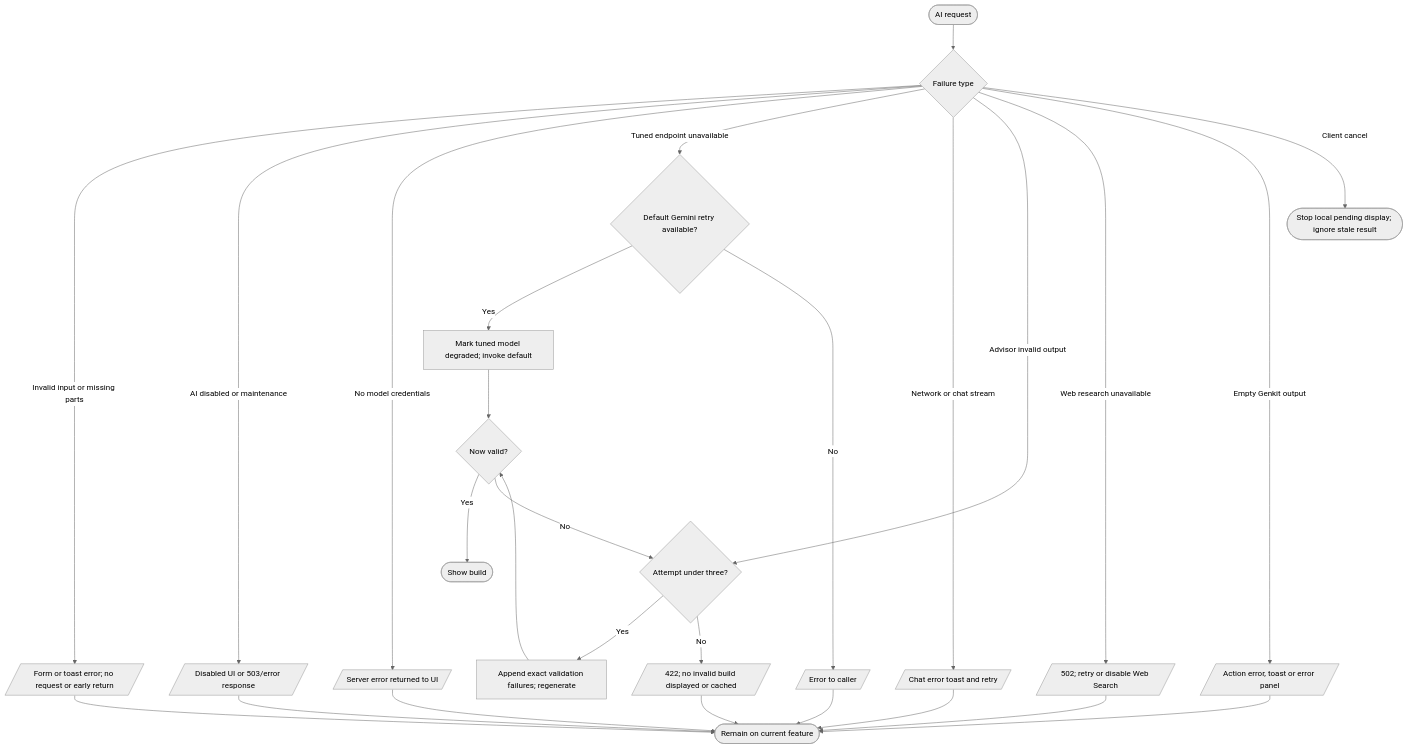
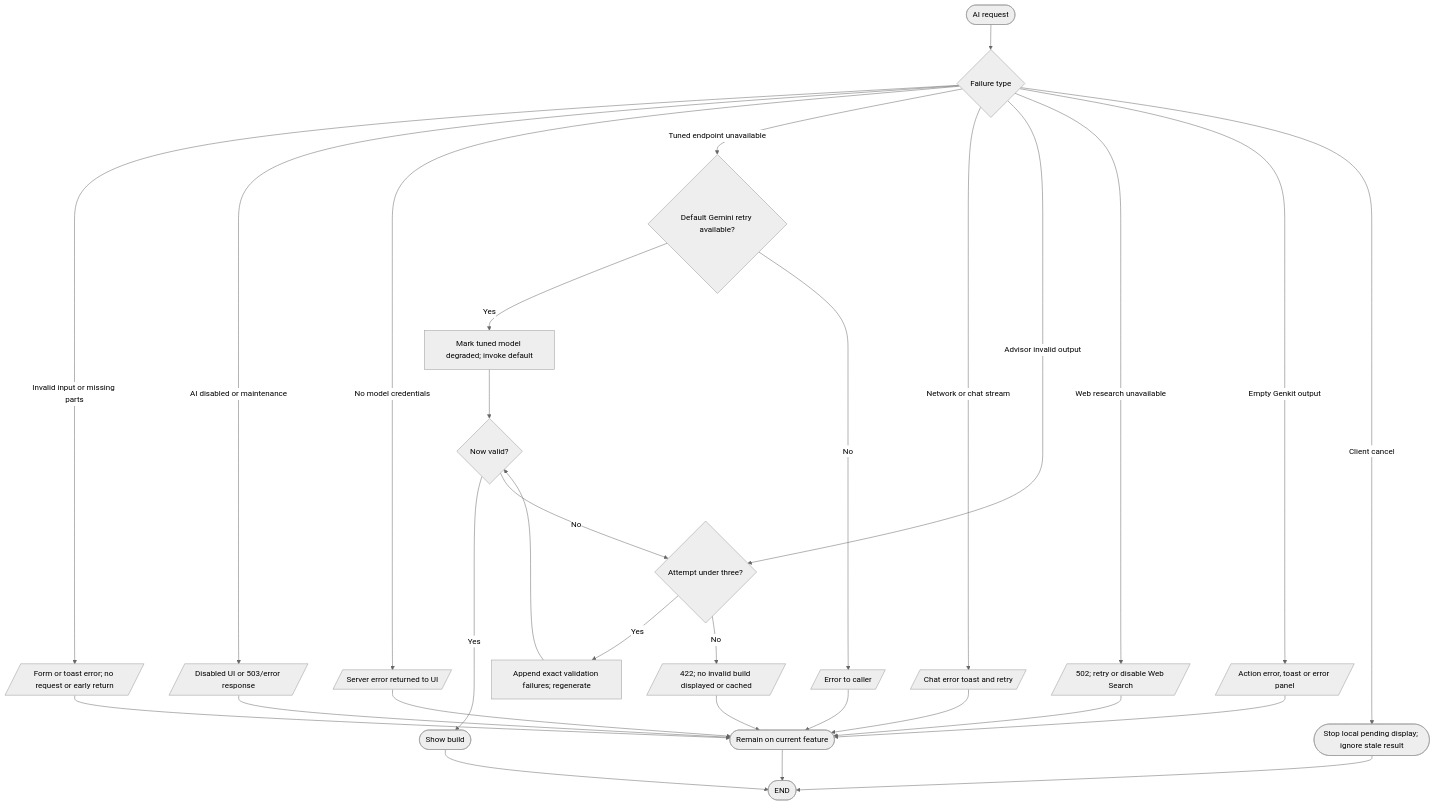
Before and after one commit to VirgenRayzon/BuilbotAI: the diagram in docs/flowcharts/ai-system/ai-error-handling-flowchart.md, drawn with Mermaid (neutral theme). The commit also changed other lines of this file and 109 other files, not shown here.

Commit message:
feat(builder): add live recommendations, budget slider, and updated system flowcharts

````diff
--- a/docs/flowcharts/ai-system/ai-error-handling-flowchart.md
+++ b/docs/flowcharts/ai-system/ai-error-handling-flowchart.md
@@ -3,28 +7,31 @@
 ```mermaid
 flowchart TD
   Start([AI request]) --> Failure{Failure type}
   Failure -- Invalid input or missing parts --> Input[/Form or toast error; no request or early return/]
   Failure -- AI disabled or maintenance --> Disabled[/Disabled UI or 503/error response/]
   Failure -- No model credentials --> Credentials[/Server error returned to UI/]
   Failure -- Tuned endpoint unavailable --> Fallback{Default Gemini retry available?}
   Fallback -- Yes --> Default[Mark tuned model degraded; invoke default]
   Fallback -- No --> Error[/Error to caller/]
   Failure -- Network or chat stream --> ChatError[/Chat error toast and retry/]
   Failure -- Advisor invalid output --> Validate{Attempt under three?}
   Validate -- Yes --> Retry[Append exact validation failures; regenerate] --> Result{Now valid?}
   Result -- Yes --> Success([Show build])
   Result -- No --> Validate
   Validate -- No --> AdvisorError[/422; no invalid build displayed or cached/]
   Failure -- Web research unavailable --> WebError[/502; retry or disable Web Search/]
   Failure -- Empty Genkit output --> Empty[/Action error, toast or error panel/]
   Failure -- Client cancel --> Cancel([Stop local pending display; ignore stale result])
   Default --> Result
   Error --> End([Remain on current feature])
   Input --> End
   Disabled --> End
   Credentials --> End
   ChatError --> End
   AdvisorError --> End
   WebError --> End
   Empty --> End
+  End --> Finish([END])
+  Success --> Finish
+  Cancel --> Finish
 ```
````
